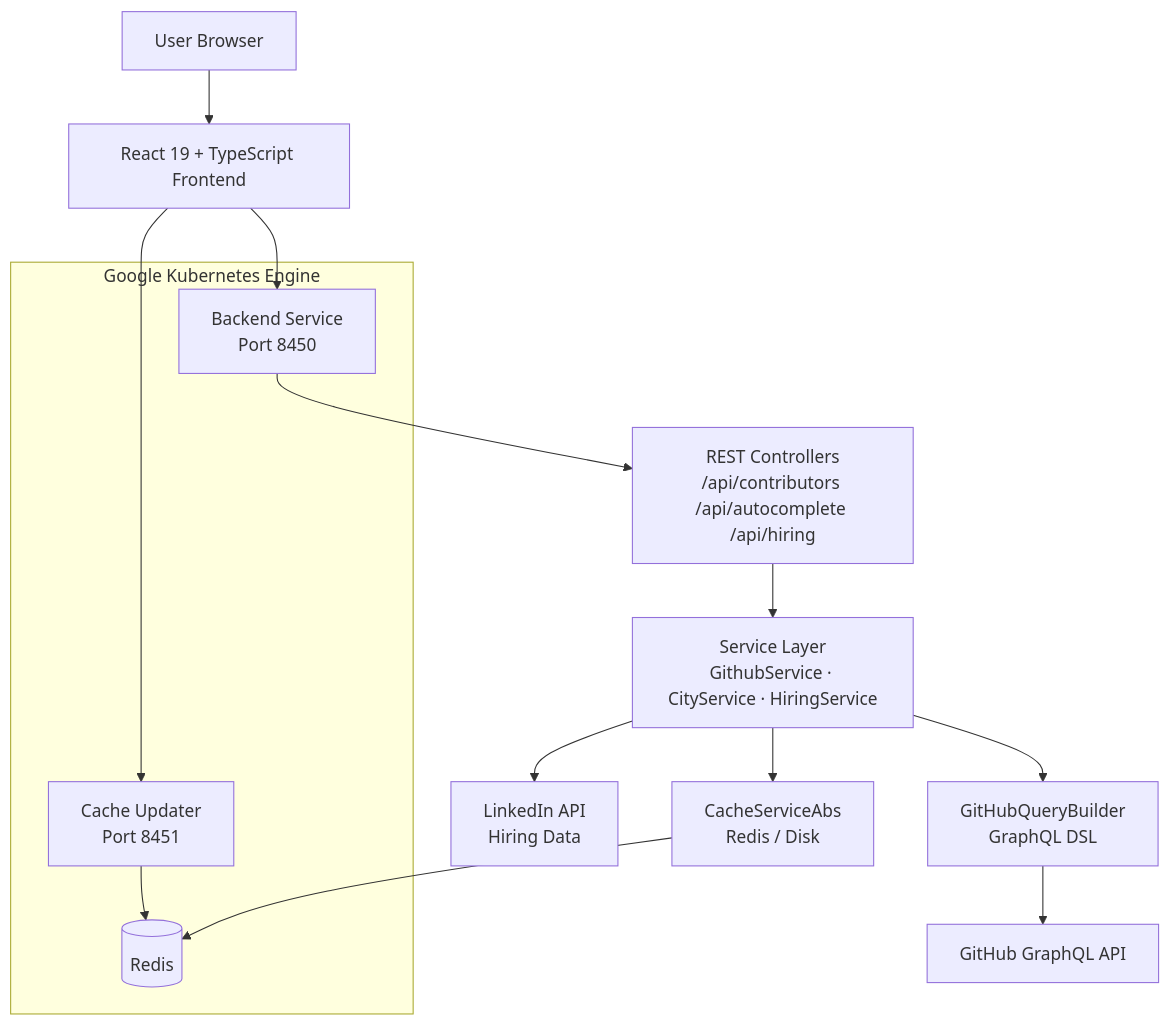
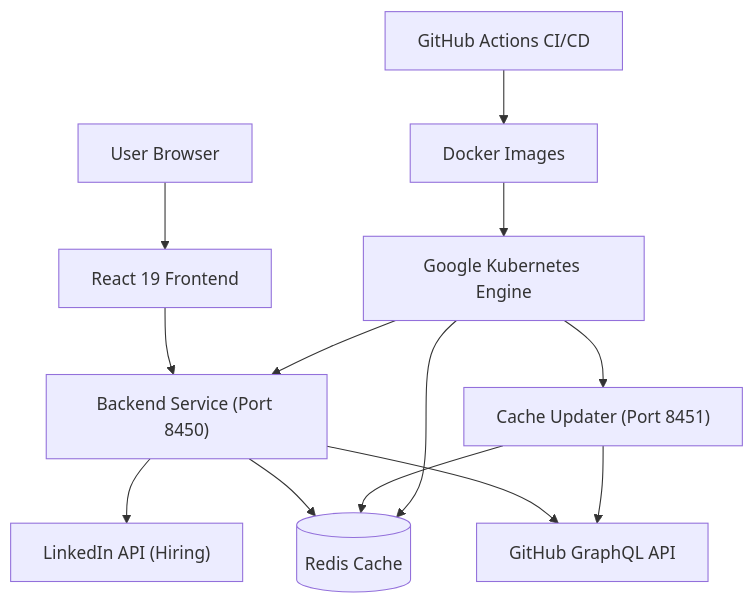
Before and after one commit to flamingo-stack/major-league-github: the first of 2 diagrams in README.md, drawn with Mermaid. The commit also changed other lines of this file and 91 other files, not shown here.

````diff
--- a/README.md
+++ b/README.md
@@ -57,22 +44,15 @@
 ```mermaid
 flowchart TD
-    User["User Browser"] --> Frontend["React 19 + TypeScript Frontend"]
-    Frontend --> Backend["Backend Service\nPort 8450"]
-    Frontend --> CacheUpdater["Cache Updater\nPort 8451"]
-
-    Backend --> Controllers["REST Controllers\n/api/contributors /api/autocomplete /api/hiring"]
-    Controllers --> Services["Service Layer\nGithubService · CityService · HiringService"]
-    Services --> Cache["CacheServiceAbs\nRedis / Disk"]
-    Services --> GraphQL["GitHubQueryBuilder\nGraphQL DSL"]
-    GraphQL --> GitHub["GitHub GraphQL API"]
-    Services --> LinkedIn["LinkedIn API\nHiring Data"]
-
-    Cache --> Redis[("Redis")]
-    CacheUpdater --> Redis
-
-    subgraph GKE["Google Kubernetes Engine"]
-        Backend
-        CacheUpdater
-        Redis
-    end
+    User["User Browser"] --> Frontend["React 19 Frontend"]
+    Frontend --> Backend["Backend Service (Port 8450)"]
+    Backend --> Redis[("Redis Cache")]
+    Backend --> GitHub["GitHub GraphQL API"]
+    Backend --> LinkedIn["LinkedIn API (Hiring)"]
+    CacheUpdater["Cache Updater (Port 8451)"] --> Redis
+    CacheUpdater --> GitHub
+    GitHubActions["GitHub Actions CI/CD"] --> Docker["Docker Images"]
+    Docker --> GKE["Google Kubernetes Engine"]
+    GKE --> Backend
+    GKE --> CacheUpdater
+    GKE --> Redis
 ```
````
